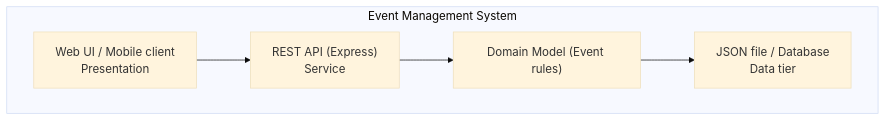
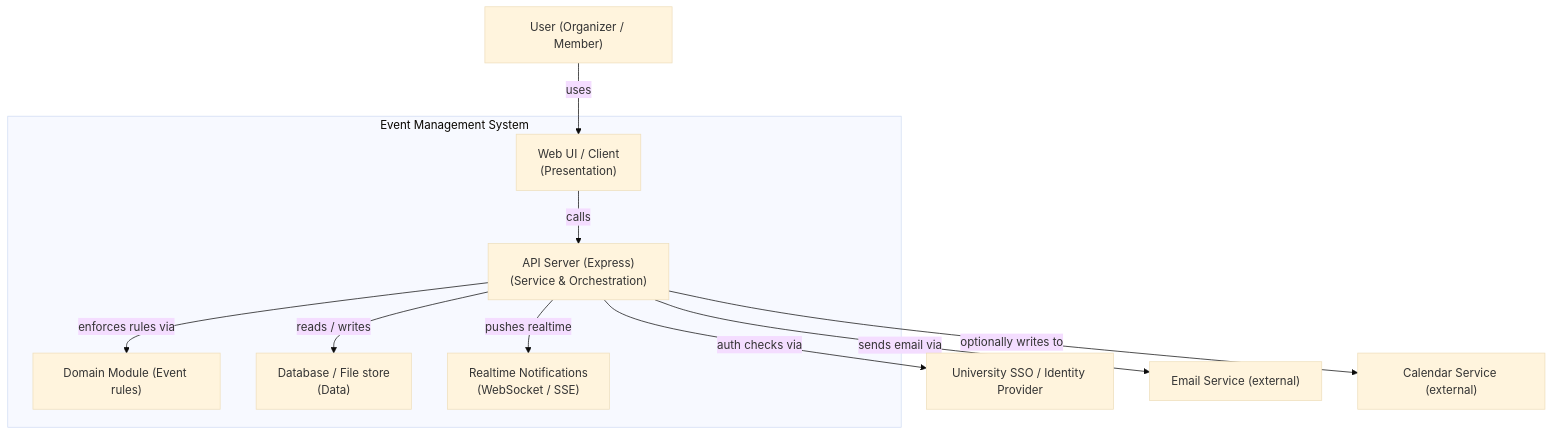
One commit to JMorency13/cen5064-project-morency changed the second of 4 diagrams in README.md. Above: the diagram before and after it, drawn with Mermaid (base theme). The commit also changed other lines of this file, not shown here.

Commit message:
Updated C4 - Context & Container diagrams

````diff
--- a/README.md
+++ b/README.md
@@ -54,8 +53,15 @@
 ```mermaid
 flowchart TB
-  subgraph EventManagement ["Event Management System"]
-    ui["Web UI / Mobile client<br/>Presentation"] --> api["REST API (Express)<br/>Service"]
-    api --> domain["Domain Model (Event rules)"]
-    domain --> db["JSON file / Database<br/>Data tier"]
+  user["User (Organizer / Member)"] -->|uses| ui["Web UI / Client<br/>(Presentation)"]
+
+  subgraph EMS["Event Management System"]
+    ui -->|calls| api["API Server (Express)<br/>(Service & Orchestration)"]
+    api -->|enforces rules via| domain["Domain Module (Event rules)"]
+    api -->|reads / writes| db["Database / File store<br/>(Data)"]
+    api -->|pushes realtime| realtime["Realtime Notifications<br/>(WebSocket / SSE)"]
   end
+
+  api -->|auth checks via| auth["University SSO / Identity Provider"]
+  api -->|sends email via| email["Email Service (external)"]
+  api -->|optionally writes to| calendar["Calendar Service (external)"]
 ```
````
